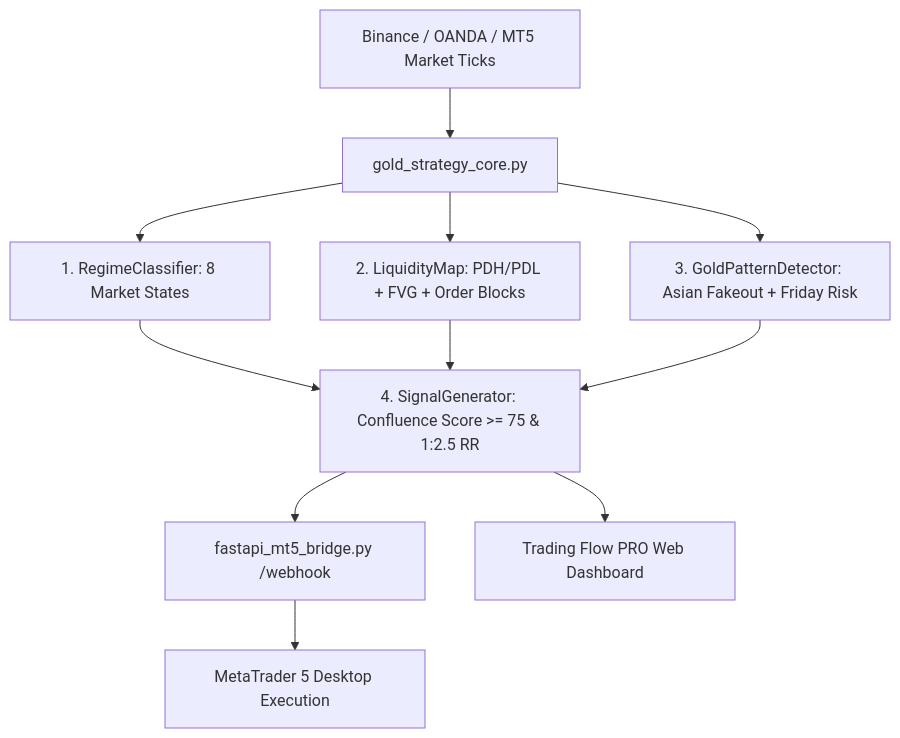
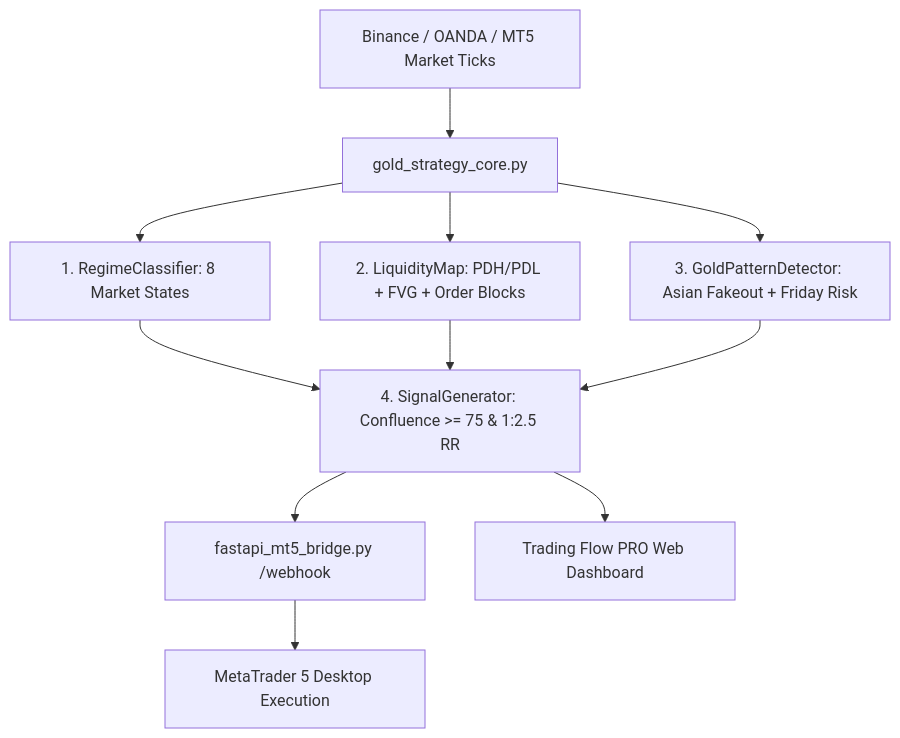
The diagram in INTEGRATION_GUIDE.md (zabid-coder/Trading-Flow), drawn with Mermaid before and after one commit. The commit also changed 1 other file, not shown here.

Commit message:
fix(docs): resolve GitHub Mermaid diagram syntax error by escaping and double-quoting labels

````diff
--- a/INTEGRATION_GUIDE.md
+++ b/INTEGRATION_GUIDE.md
@@ -9,11 +9,13 @@
 ```mermaid
 graph TD
-    Market[Binance / OANDA / MT5 Market Ticks] --> Engine[gold_strategy_core.py]
-    Engine --> RC[1. RegimeClassifier: 8 Market States]
-    Engine --> LM[2. LiquidityMap: PDH/PDL + FVG + Order Blocks]
-    Engine --> GP[3. GoldPatternDetector: Asian Fakeout + Friday Risk]
-    RC & LM & GP --> SG[4. SignalGenerator: Confluence Score >= 75 & 1:2.5 RR]
-    SG --> Bridge[fastapi_mt5_bridge.py /webhook]
-    Bridge --> MT5[MetaTrader 5 Desktop Execution]
-    SG --> UI[Trading Flow PRO Web Dashboard]
+    Market["Binance / OANDA / MT5 Market Ticks"] --> Engine["gold_strategy_core.py"]
+    Engine --> RC["1. RegimeClassifier: 8 Market States"]
+    Engine --> LM["2. LiquidityMap: PDH/PDL + FVG + Order Blocks"]
+    Engine --> GP["3. GoldPatternDetector: Asian Fakeout + Friday Risk"]
+    RC --> SG["4. SignalGenerator: Confluence >= 75 & 1:2.5 RR"]
+    LM --> SG
+    GP --> SG
+    SG --> Bridge["fastapi_mt5_bridge.py /webhook"]
+    Bridge --> MT5["MetaTrader 5 Desktop Execution"]
+    SG --> UI["Trading Flow PRO Web Dashboard"]
 ```
````
